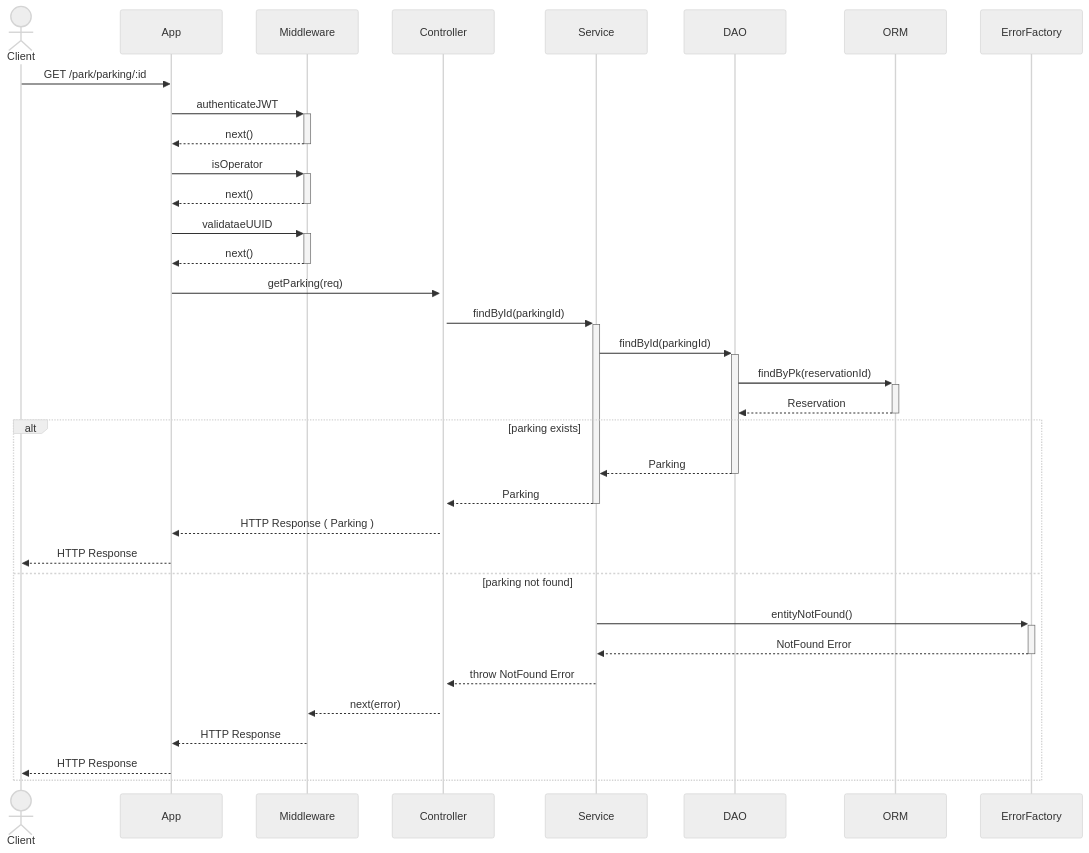
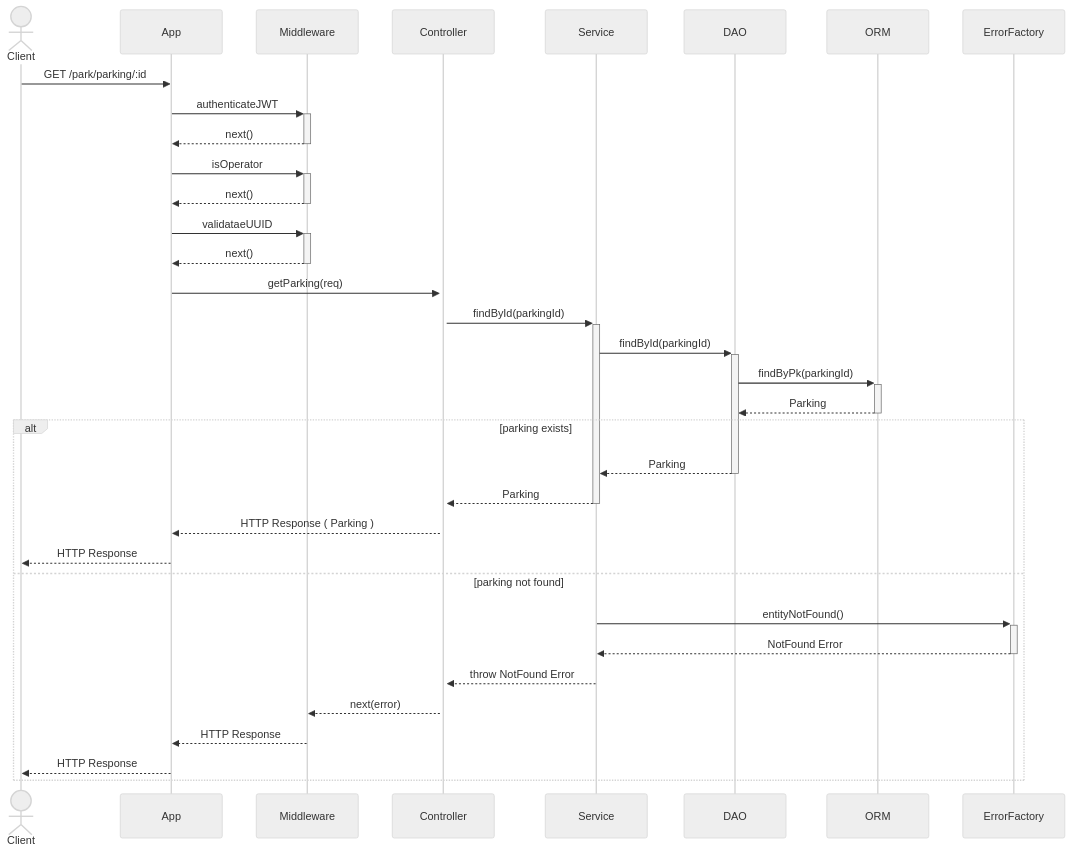
Before and after one commit to niccolociotti/parking_PA: the seventh of 22 diagrams in README.md, drawn with Mermaid (neutral theme). The commit also changed other lines of this file, not shown here.

````diff
--- a/README.md
+++ b/README.md
@@ -507,37 +507,37 @@
 ```mermaid
 sequenceDiagram
     actor Client
     participant App
     participant Middleware
     participant Controller
     participant Service
     participant DAO
     participant ORM
     participant ErrorFactory
 
     Client->>App: GET /park/parking/:id
     App->>+Middleware: authenticateJWT
     Middleware-->>-App: next()
     App->>+Middleware: isOperator
     Middleware-->>-App: next()
     App->>+Middleware: validataeUUID
     Middleware-->>-App: next()
     App->>+Controller: getParking(req)
     Controller->>+Service: findById(parkingId)
         Service->>+DAO: findById(parkingId)
-        DAO->>+ORM: findByPk(reservationId)
-        ORM-->>-DAO: Reservation
+        DAO->>+ORM: findByPk(parkingId)
+        ORM-->>-DAO: Parking
         alt parking exists
             DAO-->>-Service: Parking
             Service-->>-Controller: Parking
             Controller-->>App: HTTP Response ( Parking )
             App-->>Client: HTTP Response
             else parking not found
                 Service->>+ErrorFactory: entityNotFound()
                 ErrorFactory-->>-Service: NotFound Error
                 Service-->>Controller: throw NotFound Error
                 Controller-->>Middleware: next(error)
                 Middleware-->>App: HTTP Response
                 App-->>Client: HTTP Response
     end
 ```
````
